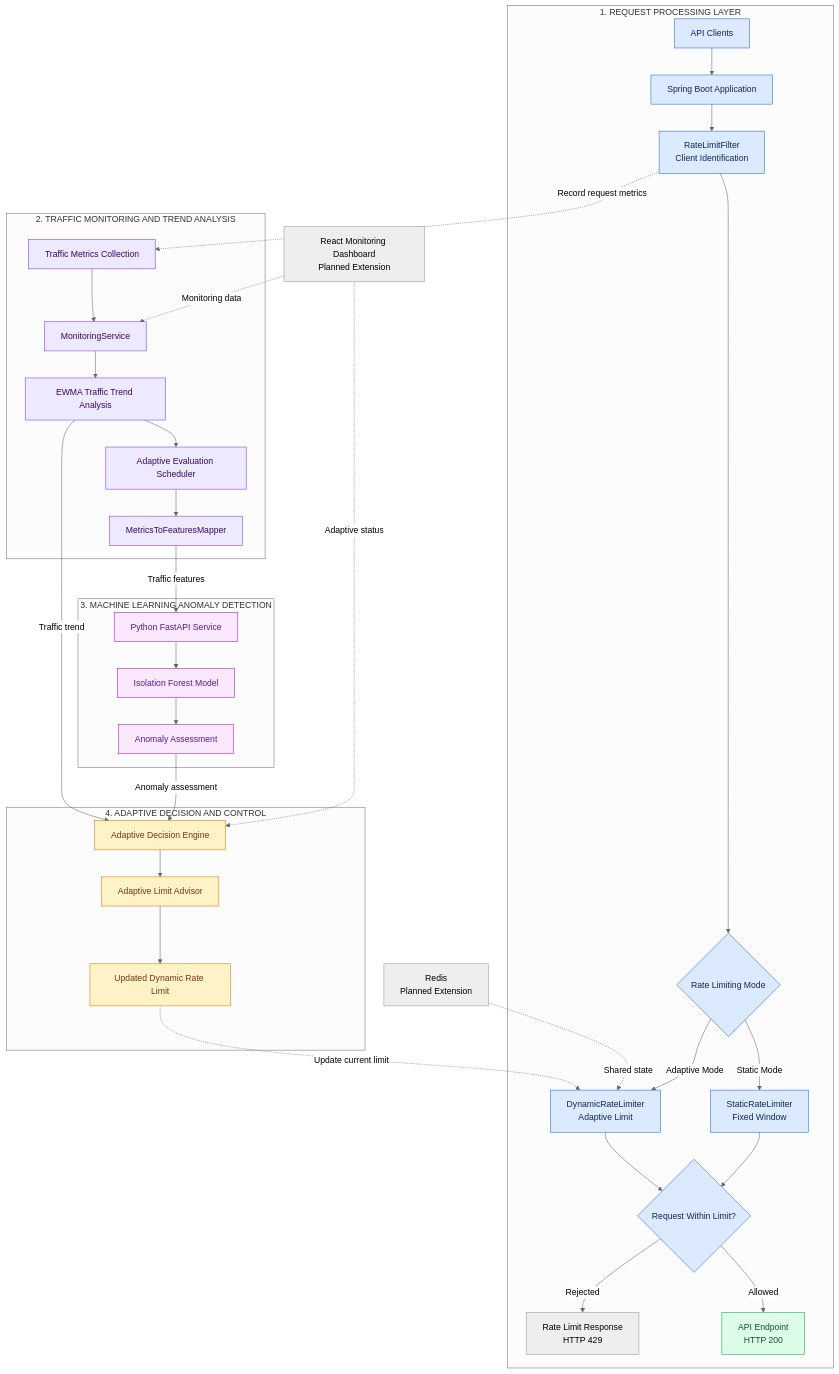
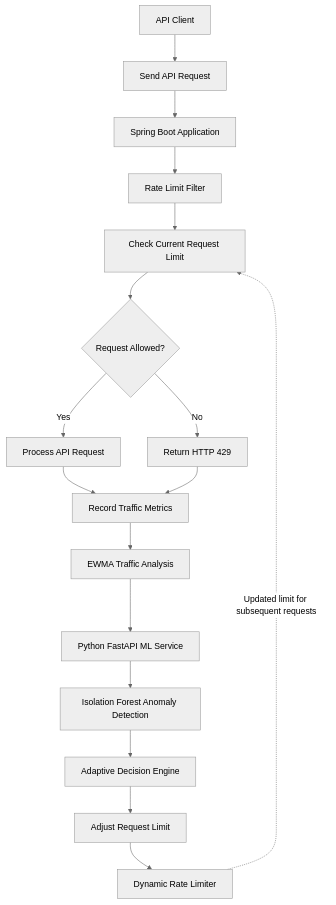
One commit to pragya638/adaptive-rate-limiter changed the diagram in README.md. Above: the diagram before and after it, drawn with Mermaid (neutral theme). The commit also changed other lines of this file, not shown here.

````diff
--- a/README.md
+++ b/README.md
@@ -44,74 +38,23 @@
 ```mermaid
-flowchart TB
+flowchart TD
+    A["API Client"] --> B["Send API Request"]
+    B --> C["Spring Boot Application"]
+    C --> D["Rate Limit Filter"]
+    D --> E["Check Current Request Limit"]
+    E --> F{"Request Allowed?"}
 
-    subgraph REQUEST["1. REQUEST PROCESSING LAYER"]
-        A["API Clients"]
-        B["Spring Boot Application"]
-        C["RateLimitFilter<br/>Client Identification"]
-        D{"Rate Limiting Mode"}
-        E["StaticRateLimiter<br/>Fixed Window"]
-        F["DynamicRateLimiter<br/>Adaptive Limit"]
-        G{"Request Within Limit?"}
-        H["API Endpoint<br/>HTTP 200"]
-        I["Rate Limit Response<br/>HTTP 429"]
+    F -->|Yes| G["Process API Request"]
+    F -->|No| H["Return HTTP 429"]
 
-        A --> B --> C --> D
-        D -->|"Static Mode"| E
-        D -->|"Adaptive Mode"| F
-        E --> G
-        F --> G
-        G -->|"Allowed"| H
-        G -->|"Rejected"| I
-    end
+    G --> I["Record Traffic Metrics"]
+    H --> I
 
-    subgraph MONITORING["2. TRAFFIC MONITORING AND TREND ANALYSIS"]
-        J["Traffic Metrics Collection"]
-        K["MonitoringService"]
-        L["EWMA Traffic Trend Analysis"]
-        M["Adaptive Evaluation Scheduler"]
-        N["MetricsToFeaturesMapper"]
+    I --> J["EWMA Traffic Analysis"]
+    J --> K["Python FastAPI ML Service"]
+    K --> L["Isolation Forest Anomaly Detection"]
+    L --> M["Adaptive Decision Engine"]
+    M --> N["Adjust Request Limit"]
+    N --> O["Dynamic Rate Limiter"]
 
-        J --> K --> L --> M --> N
-    end
-
-    subgraph ML["3. MACHINE LEARNING ANOMALY DETECTION"]
-        O["Python FastAPI Service"]
-        P["Isolation Forest Model"]
-        Q["Anomaly Assessment"]
-
-        O --> P --> Q
-    end
-
-    subgraph ADAPTIVE["4. ADAPTIVE DECISION AND CONTROL"]
-        R["Adaptive Decision Engine"]
-        S["Adaptive Limit Advisor"]
-        T["Updated Dynamic Rate Limit"]
-
-        R --> S --> T
-    end
-
-    C -.->|"Record request metrics"| J
-    N -->|"Traffic features"| O
-    L -->|"Traffic trend"| R
-    Q -->|"Anomaly assessment"| R
-    T -.->|"Update current limit"| F
-
-    U["Redis<br/>Planned Extension"]
-    V["React Monitoring Dashboard<br/>Planned Extension"]
-
-    U -.->|"Shared state"| F
-    V -.->|"Monitoring data"| K
-    V -.->|"Adaptive status"| R
-
-    classDef request fill:#dbeafe,stroke:#2563eb,color:#172554
-    classDef monitoring fill:#ede9fe,stroke:#7c3aed,color:#3b0764
-    classDef machine fill:#fae8ff,stroke:#a21caf,color:#581c87
-    classDef adaptive fill:#fef3c7,stroke:#d97706,color:#78350f
-    classDef output fill:#dcfce7,stroke:#16a34a,color:#14532d
-
-    class A,B,C,D,E,F,G request
-    class J,K,L,M,N monitoring
-    class O,P,Q machine
-    class R,S,T adaptive
-    class H output
+    O -.->|"Updated limit for subsequent requests"| E
 ```
````
